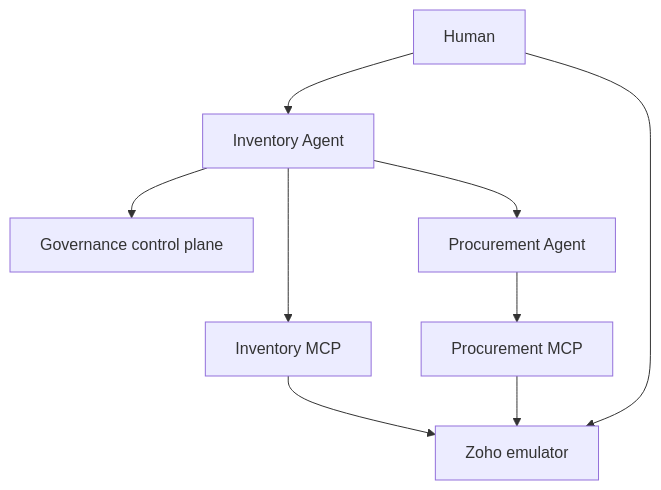
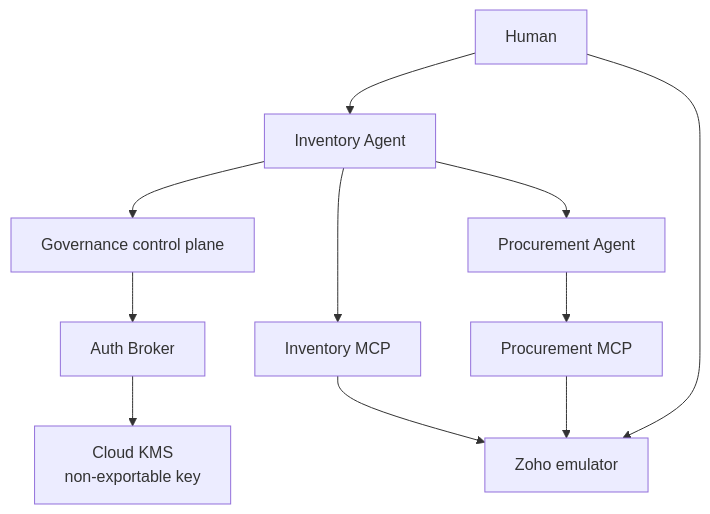
The first of 3 diagrams in ARCHITECTURE.md (tadinve/A2A_governance), drawn with Mermaid before and after one commit. The commit also changed other lines of this file and 32 other files, not shown here.

````diff
--- a/ARCHITECTURE.md
+++ b/ARCHITECTURE.md
@@ -15,11 +15,13 @@
 ```mermaid
 flowchart TD
     U["Human"] --> IA["Inventory Agent"]
     IA --> C["Governance control plane"]
+    C --> AB["Auth Broker"]
+    AB --> K["Cloud KMS<br/>non-exportable key"]
     IA --> IM["Inventory MCP"]
     IA --> PA["Procurement Agent"]
     PA --> PM["Procurement MCP"]
     IM --> Z["Zoho emulator"]
     PM --> Z
     U --> Z
 ```
````
